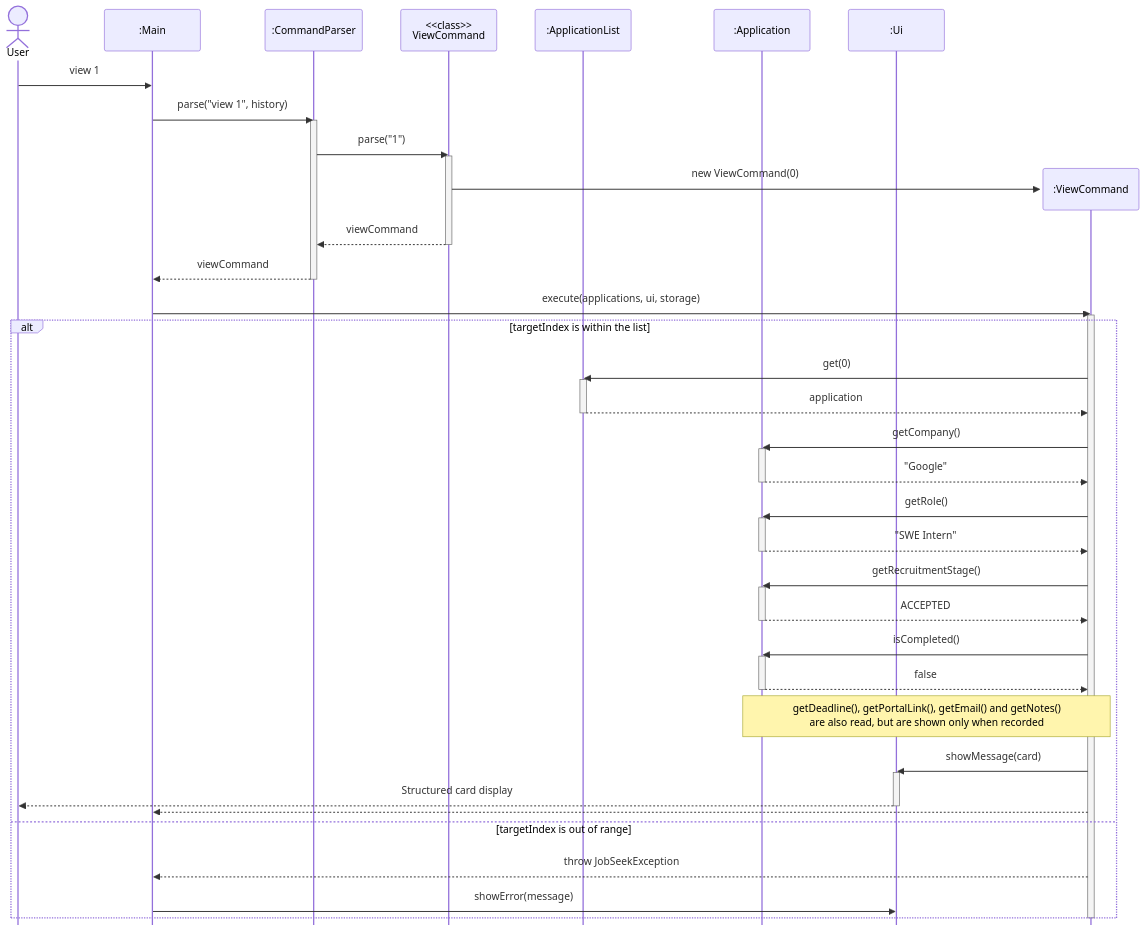
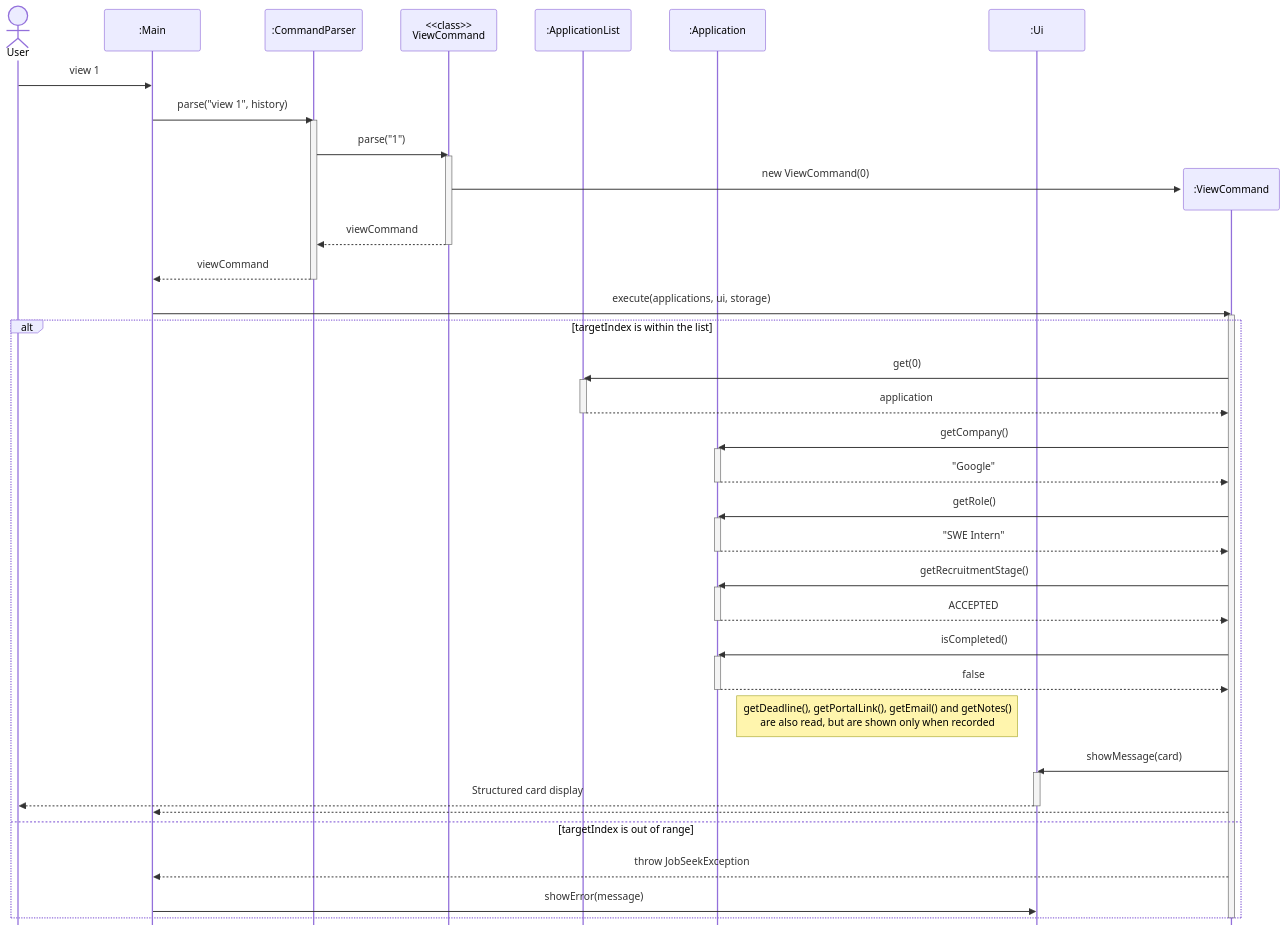
Before and after one commit to AY2627S1-CS2113-T10-2/tp: the diagram in docs/diagrams/sources/view-application-sequence.mmd, drawn with Mermaid. The commit also changed 21 other files, not shown here.

Commit message:
fix UML diagrams drawings v2

```diff
--- a/docs/diagrams/sources/view-application-sequence.mmd
+++ b/docs/diagrams/sources/view-application-sequence.mmd
@@ -1,56 +1,56 @@
 %%{init: {'theme': 'default', 'themeCSS': '.actor-line{stroke-dasharray:6 5;} .loopLine{stroke-dasharray:none;}', 'sequence': {'mirrorActors': false, 'actorMargin': 60, 'messageMargin': 28}}}%%
 sequenceDiagram
     actor user as User
     participant main as :Main
     participant parser as :CommandParser
     participant vcls as <<class>><br/>ViewCommand
     participant list as :ApplicationList
     participant app as :Application
     participant ui as :Ui
 
     user->>main: view 1
     main->>parser: parse("view 1", history)
     activate parser
     parser->>vcls: parse("1")
     activate vcls
     create participant cmd as :ViewCommand
     vcls->>cmd: new ViewCommand(0)
     vcls-->>parser: viewCommand
     deactivate vcls
     parser-->>main: viewCommand
     deactivate parser
     main->>cmd: execute(applications, ui, storage)
     activate cmd
 
     alt targetIndex is within the list
         cmd->>list: get(0)
         activate list
         list-->>cmd: application
         deactivate list
         cmd->>app: getCompany()
         activate app
         app-->>cmd: "Google"
         deactivate app
         cmd->>app: getRole()
         activate app
         app-->>cmd: "SWE Intern"
         deactivate app
         cmd->>app: getRecruitmentStage()
         activate app
         app-->>cmd: ACCEPTED
         deactivate app
         cmd->>app: isCompleted()
         activate app
         app-->>cmd: false
         deactivate app
-        Note over cmd,app: getDeadline(), getPortalLink(), getEmail() and getNotes()<br/>are also read, but are shown only when recorded
+        Note right of app: getDeadline(), getPortalLink(), getEmail() and getNotes()<br/>are also read, but are shown only when recorded
         cmd->>ui: showMessage(card)
         activate ui
         ui-->>user: Structured card display
         deactivate ui
         cmd-->>main:
     else targetIndex is out of range
         cmd-->>main: throw JobSeekException
         main->>ui: showError(message)
     end
     deactivate cmd
```
